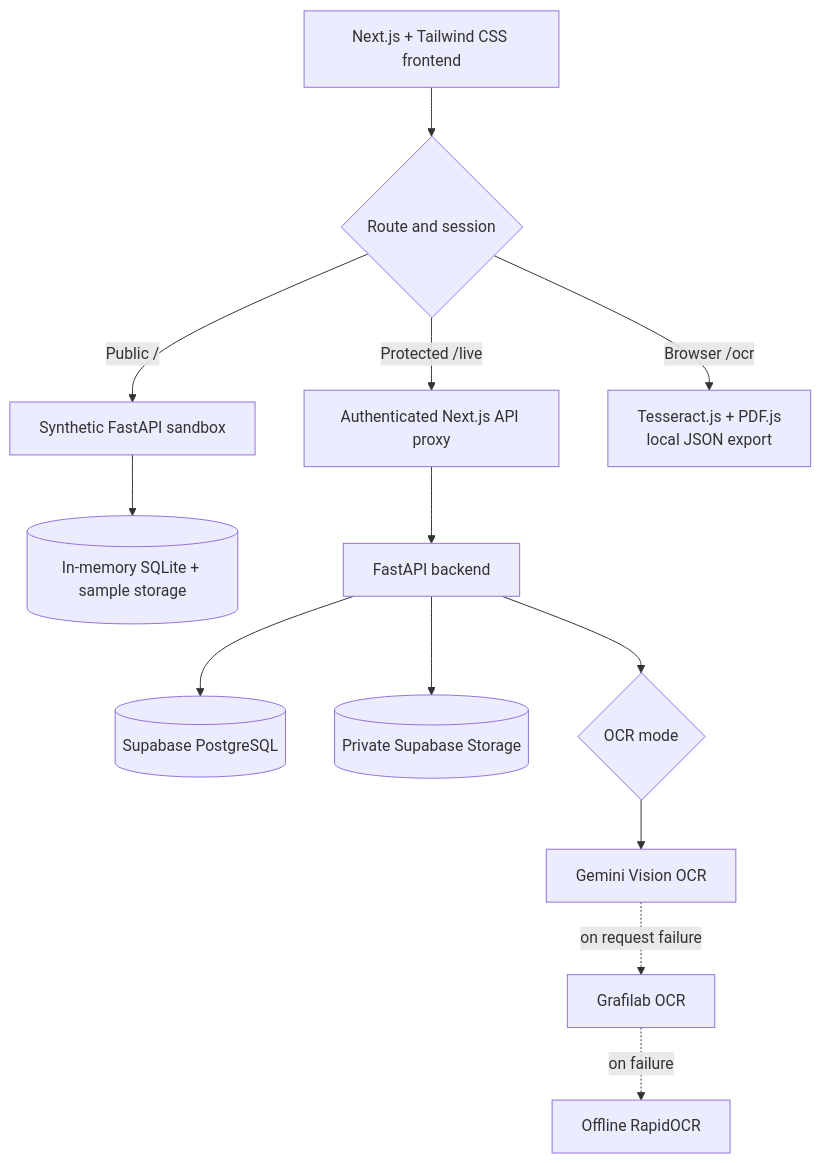
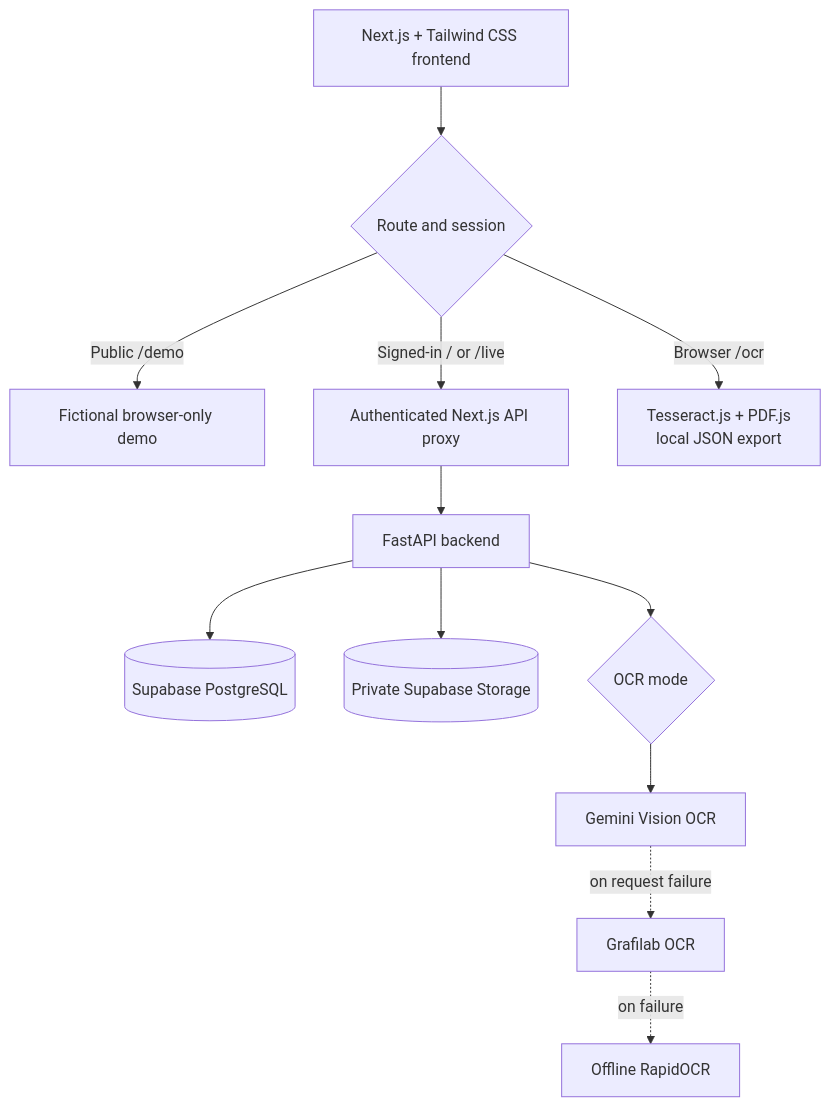
The second of 2 diagrams in README.md (nestchao/ESG-Passport), drawn with Mermaid before and after one commit. The commit also changed other lines of this file and 7 other files, not shown here.

````diff
--- a/README.md
+++ b/README.md
@@ -117,15 +117,15 @@
 ```mermaid
 flowchart TB
     Browser["Next.js + Tailwind CSS frontend"] --> Gate{"Route and session"}
-    Gate -->|"Public /"| Sandbox["Synthetic FastAPI sandbox"]
-    Sandbox --> Memory[("In-memory SQLite + sample storage")]
-    Gate -->|"Protected /live"| Proxy["Authenticated Next.js API proxy"]
+    Gate -->|"Public /demo"| Demo["Fictional browser-only demo"]
+
+    Gate -->|"Signed-in / or /live"| Proxy["Authenticated Next.js API proxy"]
     Proxy --> API["FastAPI backend"]
     API --> DB[("Supabase PostgreSQL")]
     API --> Files[("Private Supabase Storage")]
     API --> OCR{"OCR mode"}
     OCR --> Gemini["Gemini Vision OCR"]
     Gemini -. "on request failure" .-> Grafilab["Grafilab OCR"]
     Grafilab -. "on failure" .-> Rapid["Offline RapidOCR"]
     Gate -->|"Browser /ocr"| Local["Tesseract.js + PDF.js<br/>local JSON export"]
 ```
````
